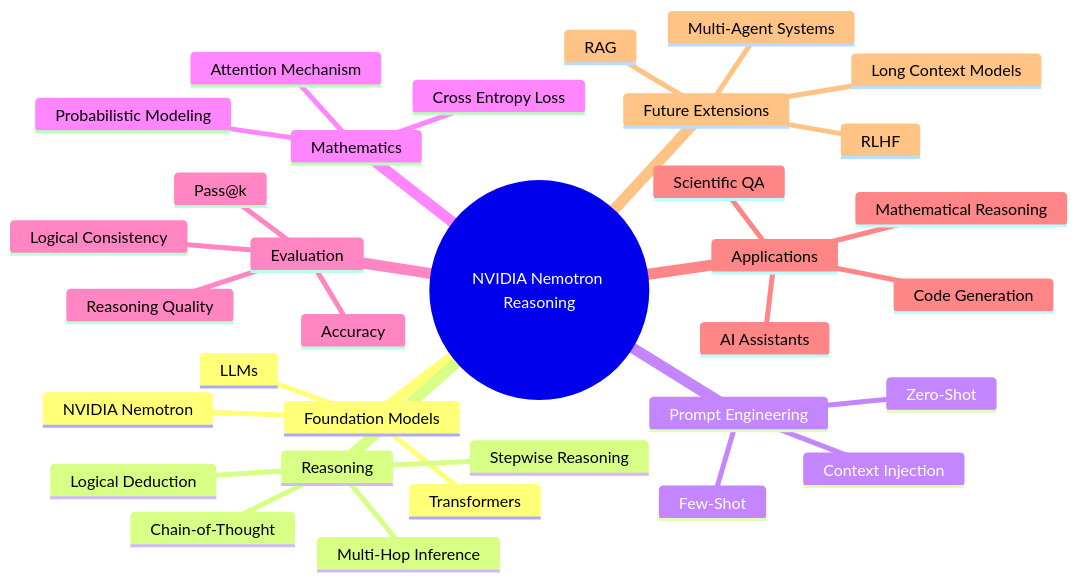
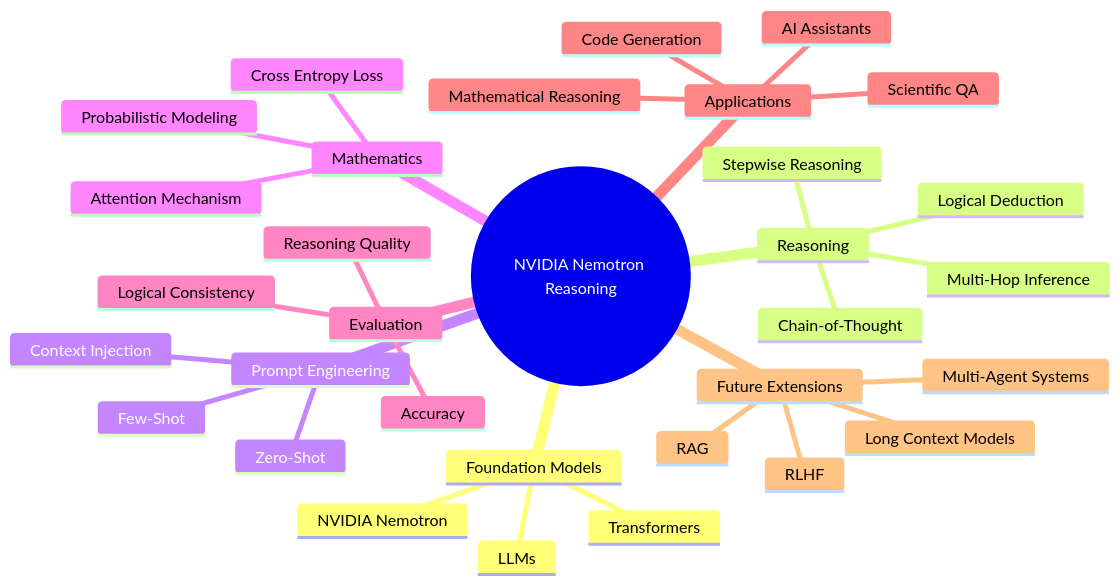
Before and after one commit to start-again-06/NVIDIA-Nemotron-Model-Reasoning-Challenge: the fifth of 5 diagrams in README.md, drawn with Mermaid. The commit also changed other lines of this file, not shown here.

````diff
--- a/README.md
+++ b/README.md
@@ -312,42 +343,41 @@
 ```mermaid
 mindmap
   root((NVIDIA Nemotron Reasoning))
     Foundation Models
       NVIDIA Nemotron
       Transformers
       LLMs
 
     Reasoning
       Chain-of-Thought
       Multi-Hop Inference
       Logical Deduction
       Stepwise Reasoning
 
     Prompt Engineering
       Zero-Shot
       Few-Shot
       Context Injection
 
     Mathematics
       Cross Entropy Loss
       Attention Mechanism
       Probabilistic Modeling
 
     Evaluation
       Accuracy
-      Pass@k
       Logical Consistency
       Reasoning Quality
 
     Applications
       Scientific QA
       Mathematical Reasoning
       Code Generation
       AI Assistants
 
     Future Extensions
       RLHF
       RAG
       Multi-Agent Systems
       Long Context Models
 ```
````
